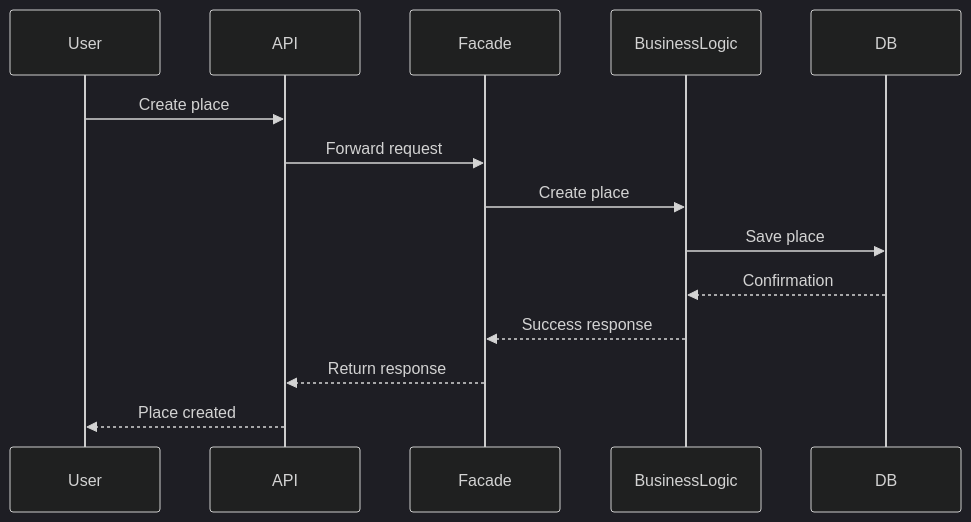
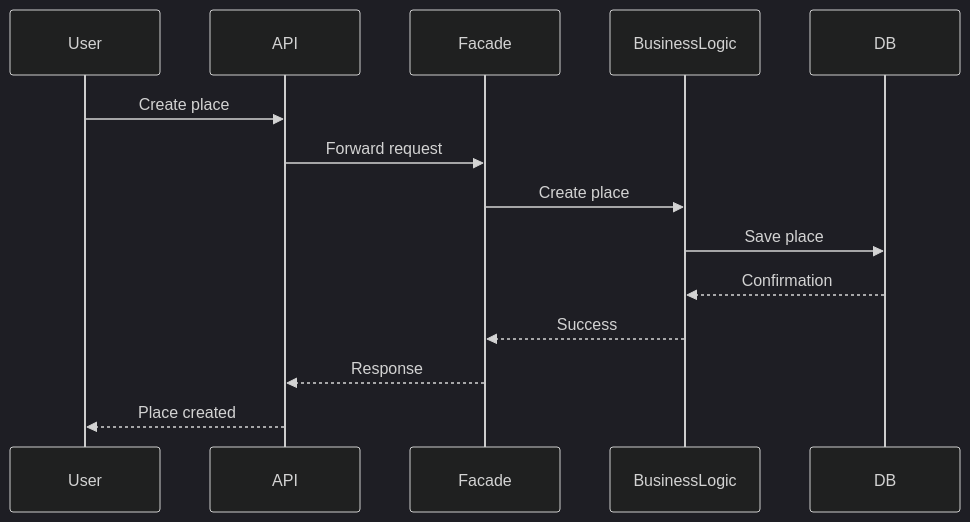
One commit to niceehi/holbertonschool-hbnb changed the third of 5 diagrams in part1/README.md. Above: the diagram before and after it, drawn with Mermaid (dark theme). The commit also changed other lines of this file, not shown here.

````diff
--- a/part1/README.md
+++ b/part1/README.md
@@ -243,17 +260,17 @@
 ```mermaid
 sequenceDiagram
 participant User
 participant API
 participant Facade
 participant BusinessLogic
 participant DB
 
 User->>API: Create place
 API->>Facade: Forward request
 Facade->>BusinessLogic: Create place
 BusinessLogic->>DB: Save place
 DB-->>BusinessLogic: Confirmation
-BusinessLogic-->>Facade: Success response
-Facade-->>API: Return response
+BusinessLogic-->>Facade: Success
+Facade-->>API: Response
 API-->>User: Place created
 ```
````
